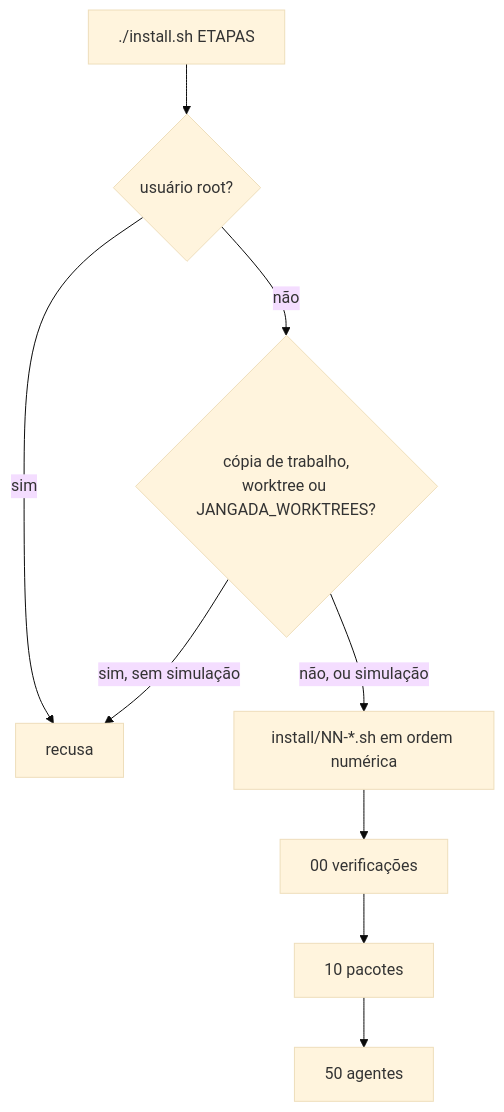
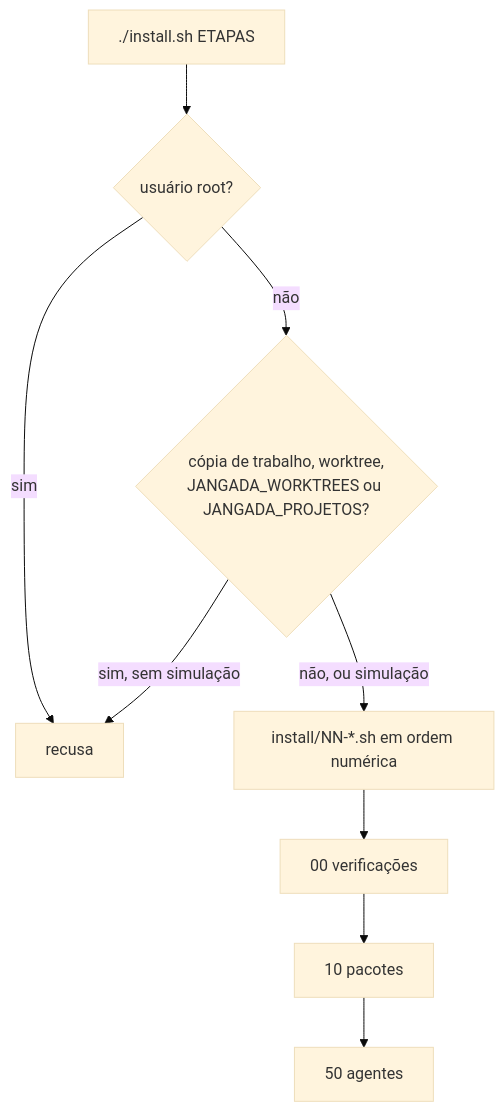
The first of 3 diagrams in docs/atualizacao-e-migracoes.md (felipintoslv/jangada-core), drawn with Mermaid (base theme) before and after one commit. The commit also changed other lines of this file and 4 other files, not shown here.

````diff
--- a/docs/atualizacao-e-migracoes.md
+++ b/docs/atualizacao-e-migracoes.md
@@ -13,9 +13,9 @@
 ```mermaid
 flowchart TD
     A[./install.sh ETAPAS] --> B{usuário root?}
     B -- sim --> X[recusa]
-    B -- não --> B2{cópia de trabalho,<br>worktree ou JANGADA_WORKTREES?}
+    B -- não --> B2{cópia de trabalho, worktree,<br>JANGADA_WORKTREES ou JANGADA_PROJETOS?}
     B2 -- sim, sem simulação --> X
     B2 -- não, ou simulação --> C[install/NN-*.sh em ordem numérica]
     C --> D[00 verificações] --> E[10 pacotes] --> I[50 agentes]
 ```
````
